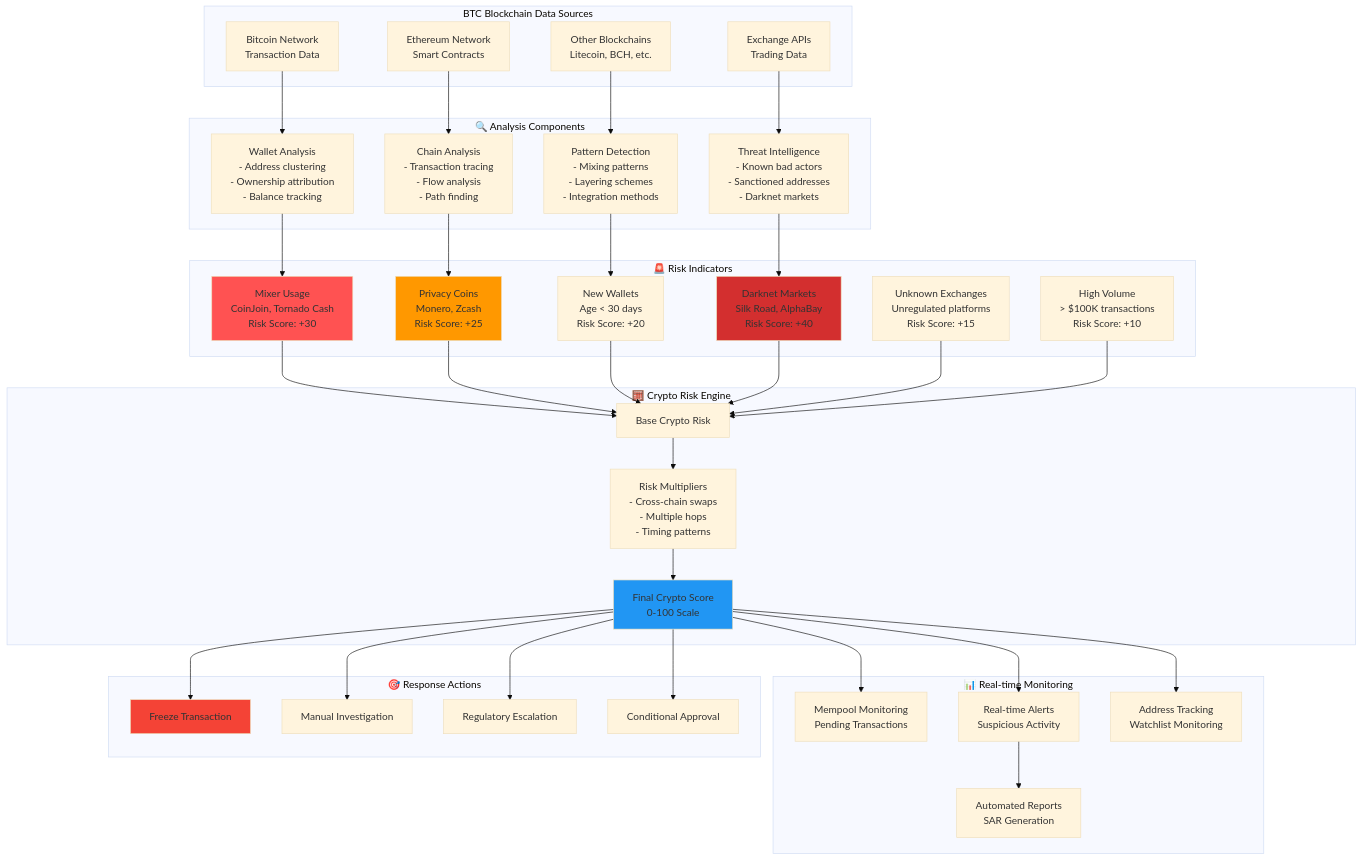
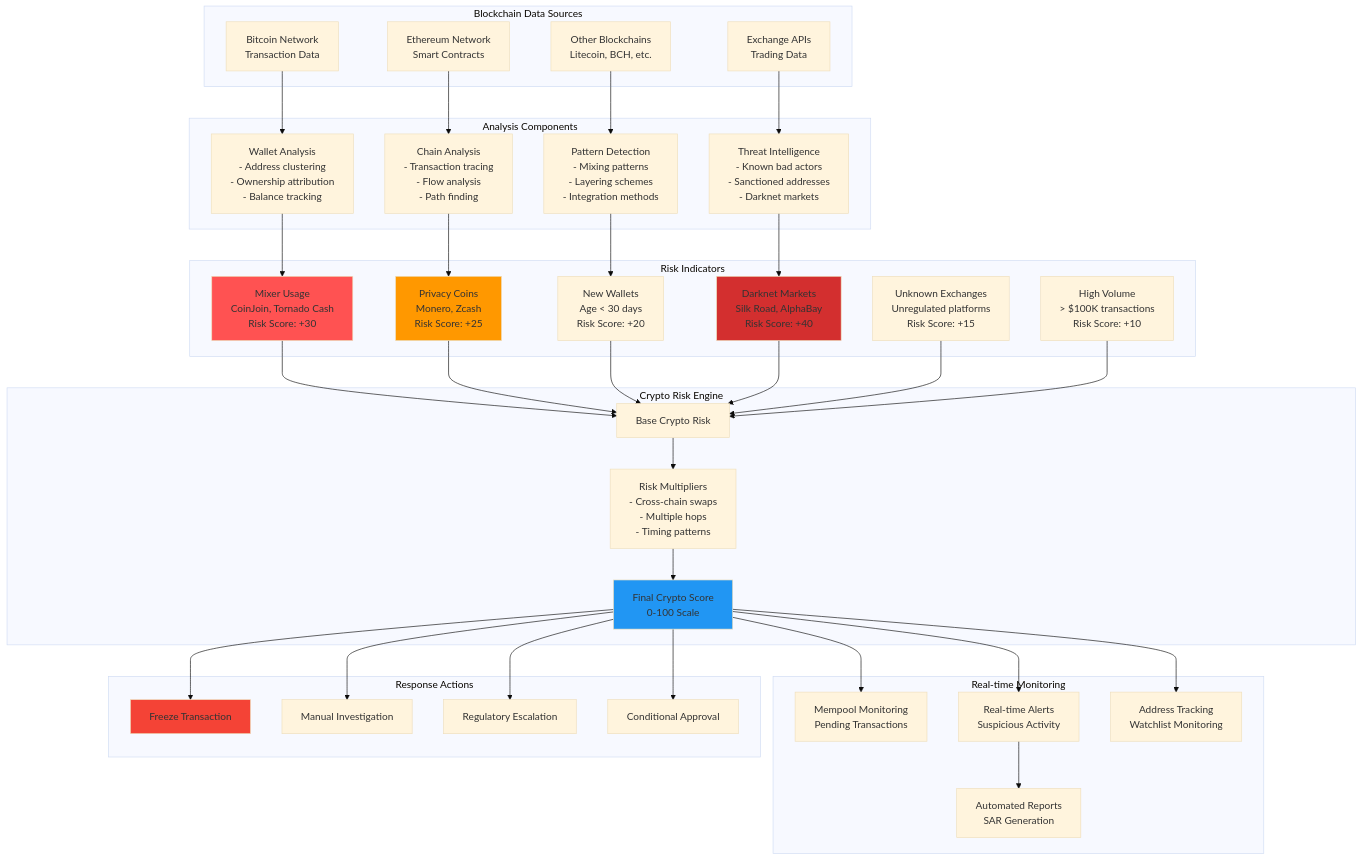
The fourth of 11 diagrams in README.md (gregorizeidler-cw/LavandowskI-Chatbot), drawn with Mermaid (base theme) before and after one commit. The commit also changed other lines of this file, not shown here.

````diff
--- a/README.md
+++ b/README.md
@@ -528,81 +528,81 @@
 ```mermaid
 graph TB
-    subgraph "BTC Blockchain Data Sources"
+    subgraph "Blockchain Data Sources"
         BITCOIN[Bitcoin Network<br/>Transaction Data]
         ETHEREUM[Ethereum Network<br/>Smart Contracts]
         ALTCOINS[Other Blockchains<br/>Litecoin, BCH, etc.]
         EXCHANGES[Exchange APIs<br/>Trading Data]
     end
     
-    subgraph "🔍 Analysis Components"
+    subgraph " Analysis Components"
         WALLET[Wallet Analysis<br/>- Address clustering<br/>- Ownership attribution<br/>- Balance tracking]
         CHAIN[Chain Analysis<br/>- Transaction tracing<br/>- Flow analysis<br/>- Path finding]
         PATTERN[Pattern Detection<br/>- Mixing patterns<br/>- Layering schemes<br/>- Integration methods]
         INTEL[Threat Intelligence<br/>- Known bad actors<br/>- Sanctioned addresses<br/>- Darknet markets]
     end
     
-    subgraph "🚨 Risk Indicators"
+    subgraph " Risk Indicators"
         MIXER[Mixer Usage<br/>CoinJoin, Tornado Cash<br/>Risk Score: +30]
         PRIVACY[Privacy Coins<br/>Monero, Zcash<br/>Risk Score: +25]
         NEW_WALLET[New Wallets<br/>Age < 30 days<br/>Risk Score: +20]
         DARKNET[Darknet Markets<br/>Silk Road, AlphaBay<br/>Risk Score: +40]
         EXCHANGE[Unknown Exchanges<br/>Unregulated platforms<br/>Risk Score: +15]
         VOLUME[High Volume<br/>> $100K transactions<br/>Risk Score: +10]
     end
     
-    subgraph "🧮 Crypto Risk Engine"
+    subgraph " Crypto Risk Engine"
         BASE_RISK[Base Crypto Risk]
         MULTIPLIERS[Risk Multipliers<br/>- Cross-chain swaps<br/>- Multiple hops<br/>- Timing patterns]
         FINAL_SCORE[Final Crypto Score<br/>0-100 Scale]
     end
     
-    subgraph "📊 Real-time Monitoring"
+    subgraph " Real-time Monitoring"
         MEMPOOL[Mempool Monitoring<br/>Pending Transactions]
         ALERTS[Real-time Alerts<br/>Suspicious Activity]
         TRACKING[Address Tracking<br/>Watchlist Monitoring]
         REPORTS[Automated Reports<br/>SAR Generation]
     end
     
-    subgraph "🎯 Response Actions"
+    subgraph " Response Actions"
         FREEZE[Freeze Transaction]
         INVESTIGATE[Manual Investigation]
         ESCALATE[Regulatory Escalation]
         APPROVE[Conditional Approval]
     end
     
     BITCOIN --> WALLET
     ETHEREUM --> CHAIN
     ALTCOINS --> PATTERN
     EXCHANGES --> INTEL
     
     WALLET --> MIXER
     CHAIN --> PRIVACY
     PATTERN --> NEW_WALLET
     INTEL --> DARKNET
     
     MIXER --> BASE_RISK
     PRIVACY --> BASE_RISK
     NEW_WALLET --> BASE_RISK
     DARKNET --> BASE_RISK
     EXCHANGE --> BASE_RISK
     VOLUME --> BASE_RISK
     
     BASE_RISK --> MULTIPLIERS
     MULTIPLIERS --> FINAL_SCORE
     
     FINAL_SCORE --> MEMPOOL
     FINAL_SCORE --> ALERTS
     FINAL_SCORE --> TRACKING
     ALERTS --> REPORTS
     
     FINAL_SCORE --> FREEZE
     FINAL_SCORE --> INVESTIGATE
     FINAL_SCORE --> ESCALATE
     FINAL_SCORE --> APPROVE
     
     style MIXER fill:#ff5252
     style DARKNET fill:#d32f2f
     style PRIVACY fill:#ff9800
     style FREEZE fill:#f44336
     style FINAL_SCORE fill:#2196f3
 ```
````
